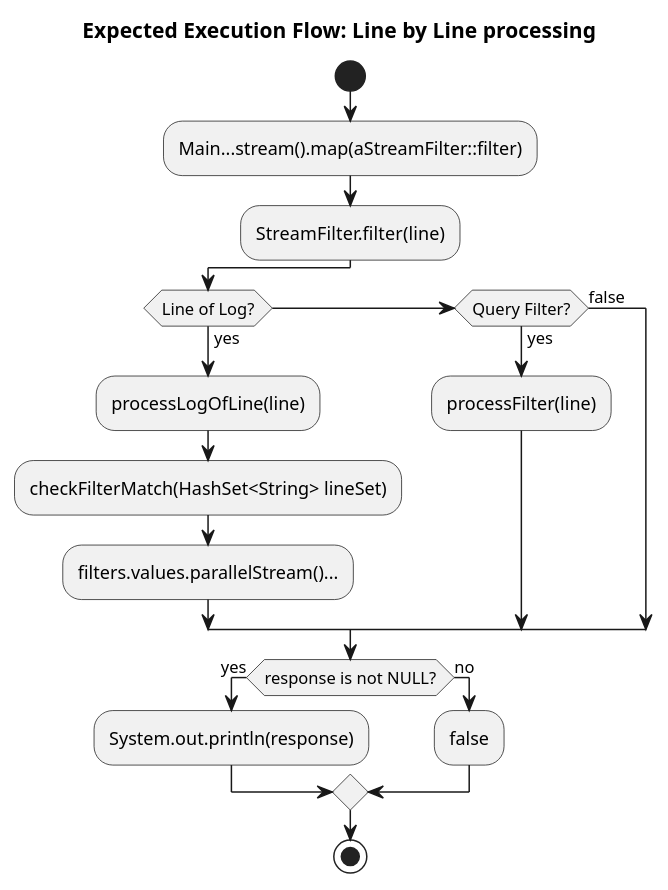
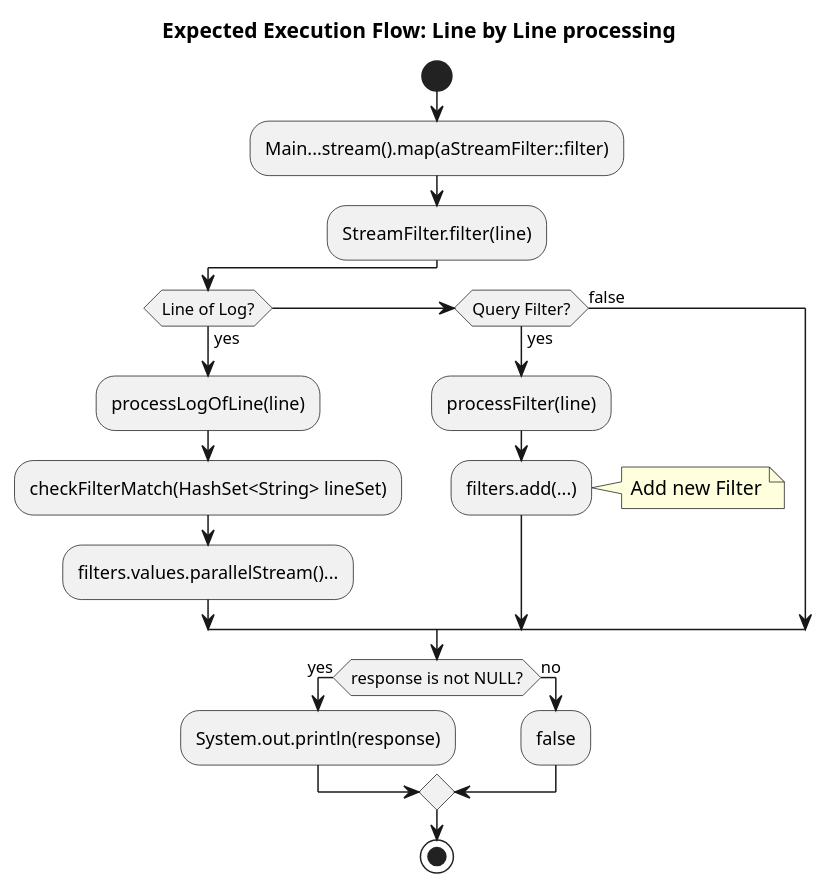
Before and after one commit to ozdemirht/java-new: the diagram in docs/RequiredFlow.puml, drawn with PlantUML. The commit also changed 1 other file, not shown here.

Commit message:
multiple uml files updated

```diff
--- a/docs/RequiredFlow.puml
+++ b/docs/RequiredFlow.puml
@@ -1,26 +1,33 @@
 @startuml
 'https://plantuml.com/activity-diagram-beta
 title "Expected Execution Flow: Line by Line processing"
 
 start
 :Main...stream().map(aStreamFilter::filter);
 
 :StreamFilter.filter(line);
 if (Line of Log?) is (yes) then
   :processLogOfLine(line);
   :checkFilterMatch(HashSet<String> lineSet);
   :filters.values.parallelStream()...;
 else if (Query Filter?) is (yes) then
   :processFilter(line);
+  :filters.add(...);
+  note right
+  Add new Filter
+  end note
 else (false)
+  note right
+  Response is NULL
+  end note
 endif
 
 if (response is not NULL?) is (yes) then
   :System.out.println(response);
 else (no)
   :false;
 endif
 
 stop
 
 @enduml
```
